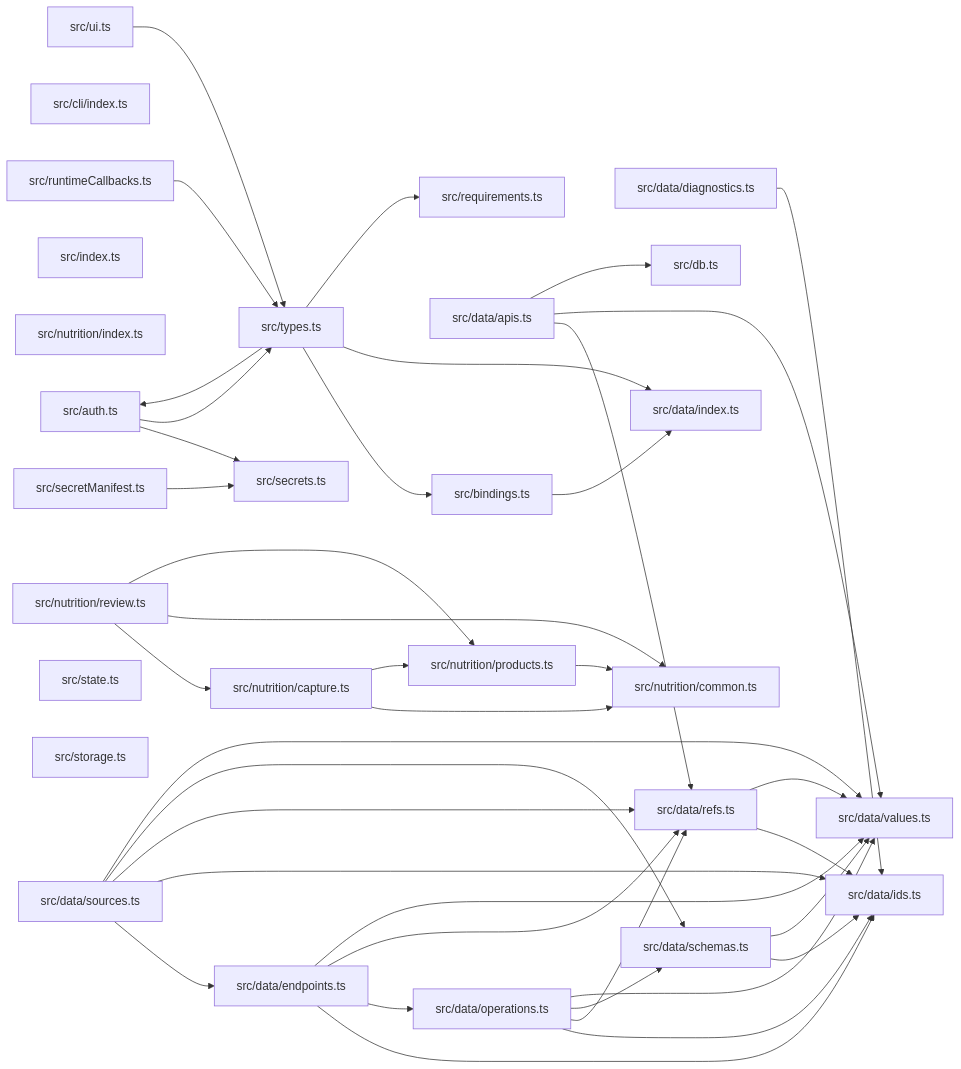
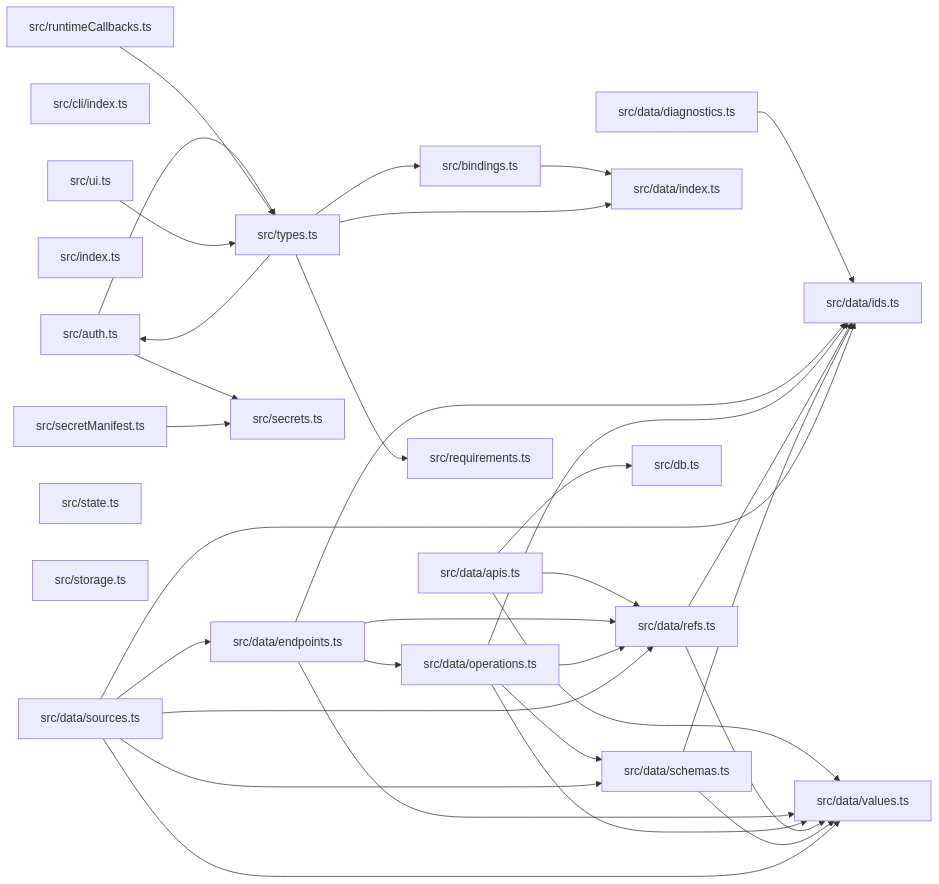
The diagram in paradox/diagrams/module-relationships.mmd (ankhorage/contracts), drawn with Mermaid before and after one commit. The commit also changed 17 other files, not shown here.

```diff
--- a/paradox/diagrams/module-relationships.mmd
+++ b/paradox/diagrams/module-relationships.mmd
@@ -1,66 +1,55 @@
 graph LR
   module_src_auth_ts["src/auth.ts"]
   module_src_bindings_ts["src/bindings.ts"]
   module_src_cli_index_ts["src/cli/index.ts"]
   module_src_data_apis_ts["src/data/apis.ts"]
   module_src_data_diagnostics_ts["src/data/diagnostics.ts"]
   module_src_data_endpoints_ts["src/data/endpoints.ts"]
   module_src_data_ids_ts["src/data/ids.ts"]
   module_src_data_index_ts["src/data/index.ts"]
   module_src_data_operations_ts["src/data/operations.ts"]
   module_src_data_refs_ts["src/data/refs.ts"]
   module_src_data_schemas_ts["src/data/schemas.ts"]
   module_src_data_sources_ts["src/data/sources.ts"]
   module_src_data_values_ts["src/data/values.ts"]
   module_src_db_ts["src/db.ts"]
   module_src_index_ts["src/index.ts"]
-  module_src_nutrition_capture_ts["src/nutrition/capture.ts"]
-  module_src_nutrition_common_ts["src/nutrition/common.ts"]
-  module_src_nutrition_index_ts["src/nutrition/index.ts"]
-  module_src_nutrition_products_ts["src/nutrition/products.ts"]
-  module_src_nutrition_review_ts["src/nutrition/review.ts"]
   module_src_requirements_ts["src/requirements.ts"]
   module_src_runtimeCallbacks_ts["src/runtimeCallbacks.ts"]
   module_src_secretManifest_ts["src/secretManifest.ts"]
   module_src_secrets_ts["src/secrets.ts"]
   module_src_state_ts["src/state.ts"]
   module_src_storage_ts["src/storage.ts"]
   module_src_types_ts["src/types.ts"]
   module_src_ui_ts["src/ui.ts"]
   module_src_auth_ts --> module_src_secrets_ts
   module_src_auth_ts --> module_src_types_ts
   module_src_bindings_ts --> module_src_data_index_ts
   module_src_data_apis_ts --> module_src_data_refs_ts
   module_src_data_apis_ts --> module_src_data_values_ts
   module_src_data_apis_ts --> module_src_db_ts
   module_src_data_diagnostics_ts --> module_src_data_ids_ts
   module_src_data_endpoints_ts --> module_src_data_ids_ts
   module_src_data_endpoints_ts --> module_src_data_operations_ts
   module_src_data_endpoints_ts --> module_src_data_refs_ts
   module_src_data_endpoints_ts --> module_src_data_values_ts
   module_src_data_operations_ts --> module_src_data_ids_ts
   module_src_data_operations_ts --> module_src_data_refs_ts
   module_src_data_operations_ts --> module_src_data_schemas_ts
   module_src_data_operations_ts --> module_src_data_values_ts
   module_src_data_refs_ts --> module_src_data_ids_ts
   module_src_data_refs_ts --> module_src_data_values_ts
   module_src_data_schemas_ts --> module_src_data_ids_ts
   module_src_data_schemas_ts --> module_src_data_values_ts
   module_src_data_sources_ts --> module_src_data_endpoints_ts
   module_src_data_sources_ts --> module_src_data_ids_ts
   module_src_data_sources_ts --> module_src_data_refs_ts
   module_src_data_sources_ts --> module_src_data_schemas_ts
   module_src_data_sources_ts --> module_src_data_values_ts
-  module_src_nutrition_capture_ts --> module_src_nutrition_common_ts
-  module_src_nutrition_capture_ts --> module_src_nutrition_products_ts
-  module_src_nutrition_products_ts --> module_src_nutrition_common_ts
-  module_src_nutrition_review_ts --> module_src_nutrition_capture_ts
-  module_src_nutrition_review_ts --> module_src_nutrition_common_ts
-  module_src_nutrition_review_ts --> module_src_nutrition_products_ts
   module_src_runtimeCallbacks_ts --> module_src_types_ts
   module_src_secretManifest_ts --> module_src_secrets_ts
   module_src_types_ts --> module_src_auth_ts
   module_src_types_ts --> module_src_bindings_ts
   module_src_types_ts --> module_src_data_index_ts
   module_src_types_ts --> module_src_requirements_ts
   module_src_ui_ts --> module_src_types_ts
```
